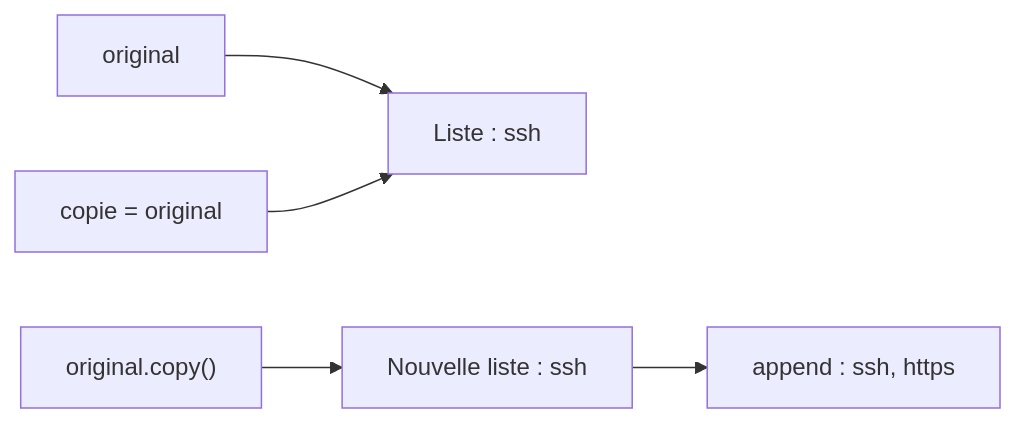
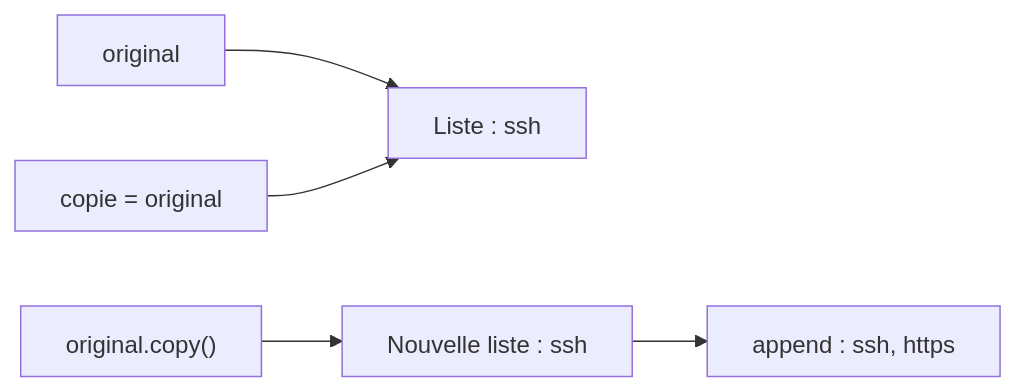
One commit to lapeyrade/formation-python changed the second of 2 diagrams in ateliers/02/README.md. Above: the diagram before and after it, drawn with Mermaid. The commit also changed other lines of this file and 17 other files, not shown here.

````diff
--- a/ateliers/02/README.md
+++ b/ateliers/02/README.md
@@ -200,7 +203,8 @@
 ```mermaid
+%%{init: {"htmlLabels": false, "flowchart": {"htmlLabels": false}}}%%
 flowchart LR
   A["original"] --> L["Liste : ssh"]
   B["copie = original"] --> L
   C["original.copy()"] --> M["Nouvelle liste : ssh"]
   M --> N["append : ssh, https"]
 ```
````
